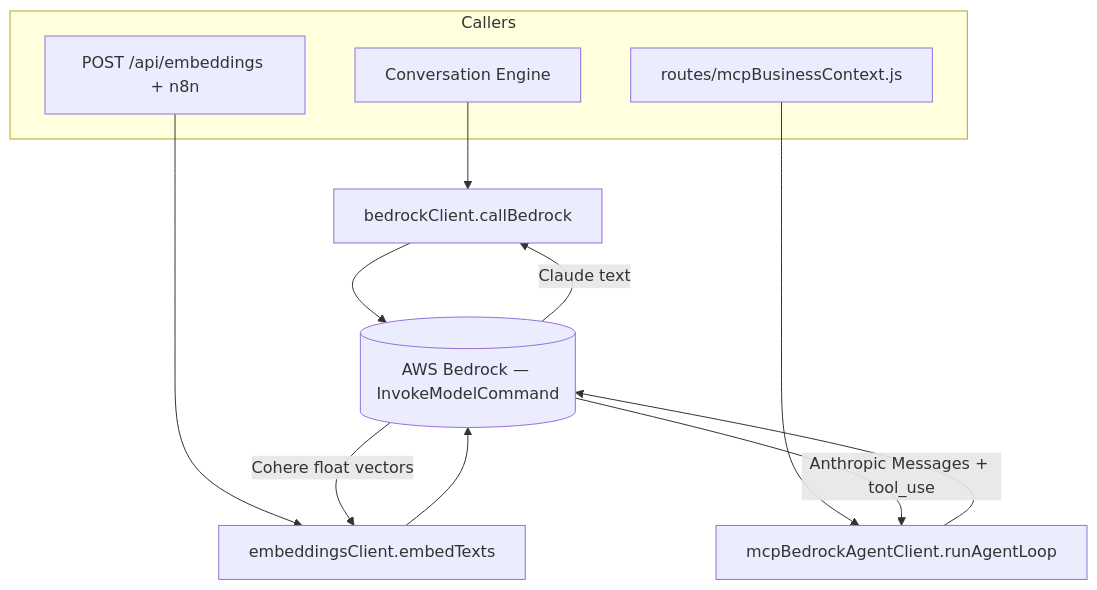
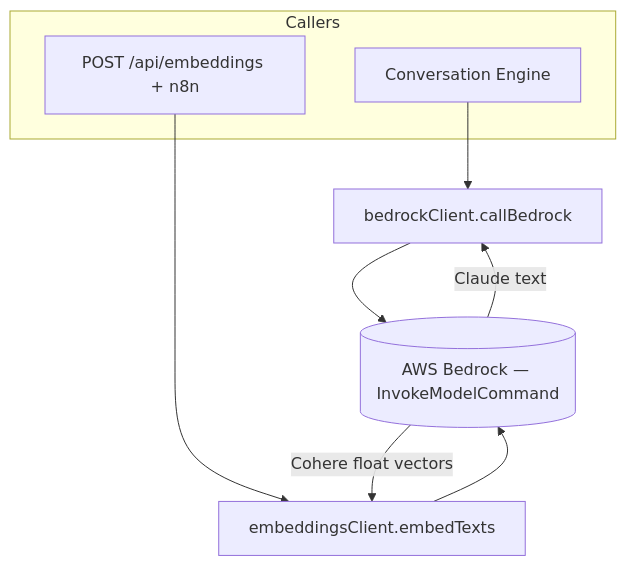
One commit to HiBiz-AI-SERVICES/hibiz-docs changed the diagram in concepts/llm-integration.mdx. Above: the diagram before and after it, drawn with Mermaid. The commit also changed other lines of this file and 9 other files, not shown here.

````diff
--- a/concepts/llm-integration.mdx
+++ b/concepts/llm-integration.mdx
@@ -26,17 +25,13 @@
 ```mermaid
 flowchart TD
     subgraph Callers
       CE[Conversation Engine]
       EMB[POST /api/embeddings + n8n]
-      BC[routes/mcpBusinessContext.js]
     end
     CE --> BClient[bedrockClient.callBedrock]
     EMB --> EClient[embeddingsClient.embedTexts]
-    BC --> AClient[mcpBedrockAgentClient.runAgentLoop]
     BClient --> BR[(AWS Bedrock — InvokeModelCommand)]
     EClient --> BR
-    AClient --> BR
     BR -->|Claude text| BClient
     BR -->|Cohere float vectors| EClient
-    BR -->|Anthropic Messages + tool_use| AClient
 ```
````
